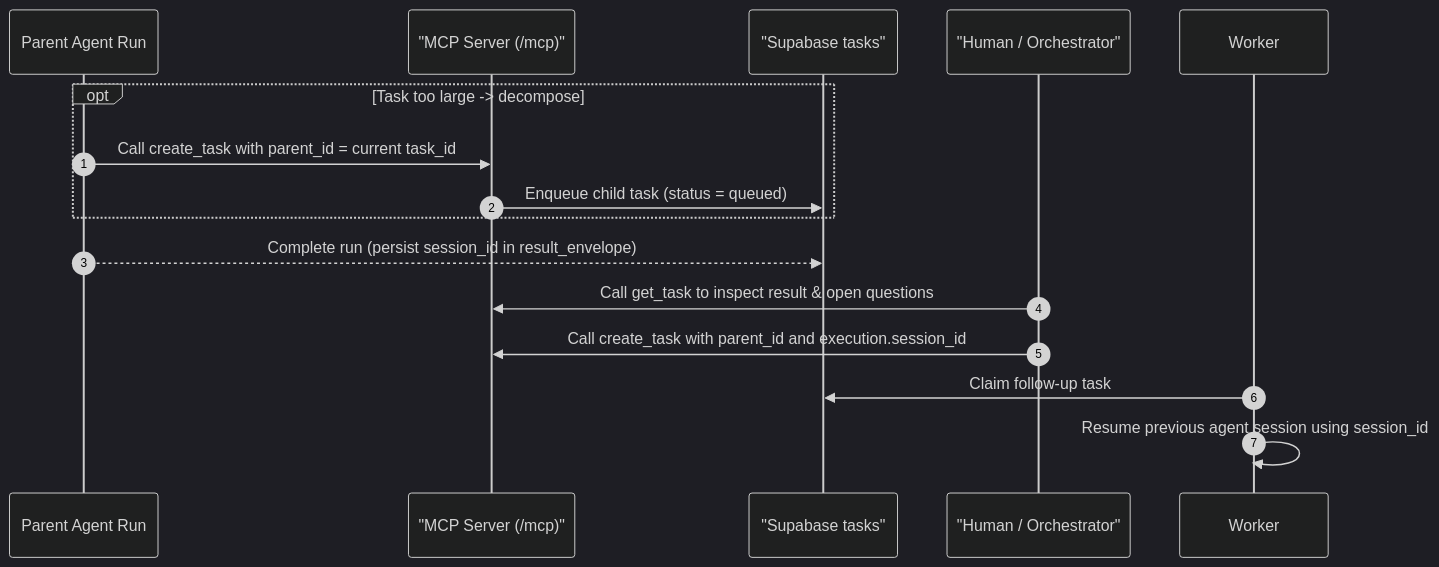
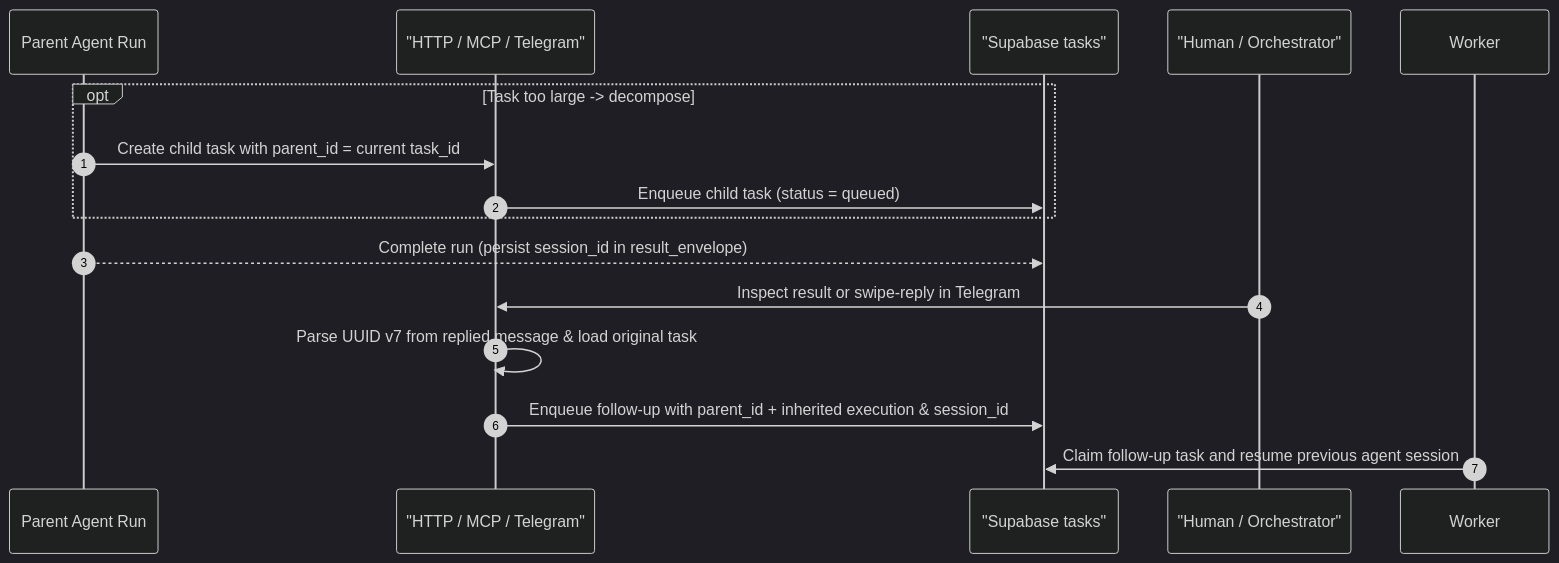
One commit to anlew2k2/task-aside changed the second of 2 diagrams in docs/seq-recovery-and-hitl.md. Above: the diagram before and after it, drawn with Mermaid (dark theme). The commit also changed other lines of this file and 21 other files, not shown here.

````diff
--- a/docs/seq-recovery-and-hitl.md
+++ b/docs/seq-recovery-and-hitl.md
@@ -23,19 +26,19 @@
 ```mermaid
 sequenceDiagram
   autonumber
   participant Parent as Parent Agent Run
-  participant MCP as "MCP Server (/mcp)"
+  participant Core as "HTTP / MCP / Telegram"
   participant DB as "Supabase tasks"
-  participant Client as "Human / Orchestrator"
+  participant Human as "Human / Orchestrator"
   participant Worker as Worker
 
   opt Task too large -> decompose
-    Parent->>MCP: Call create_task with parent_id = current task_id
-    MCP->>DB: Enqueue child task (status = queued)
+    Parent->>Core: Create child task with parent_id = current task_id
+    Core->>DB: Enqueue child task (status = queued)
   end
   Parent-->>DB: Complete run (persist session_id in result_envelope)
-  Client->>MCP: Call get_task to inspect result & open questions
-  Client->>MCP: Call create_task with parent_id and execution.session_id
-  Worker->>DB: Claim follow-up task
-  Worker->>Worker: Resume previous agent session using session_id
+  Human->>Core: Inspect result or swipe-reply in Telegram
+  Core->>Core: Parse UUID v7 from replied message & load original task
+  Core->>DB: Enqueue follow-up with parent_id + inherited execution & session_id
+  Worker->>DB: Claim follow-up task and resume previous agent session
 ```
````
